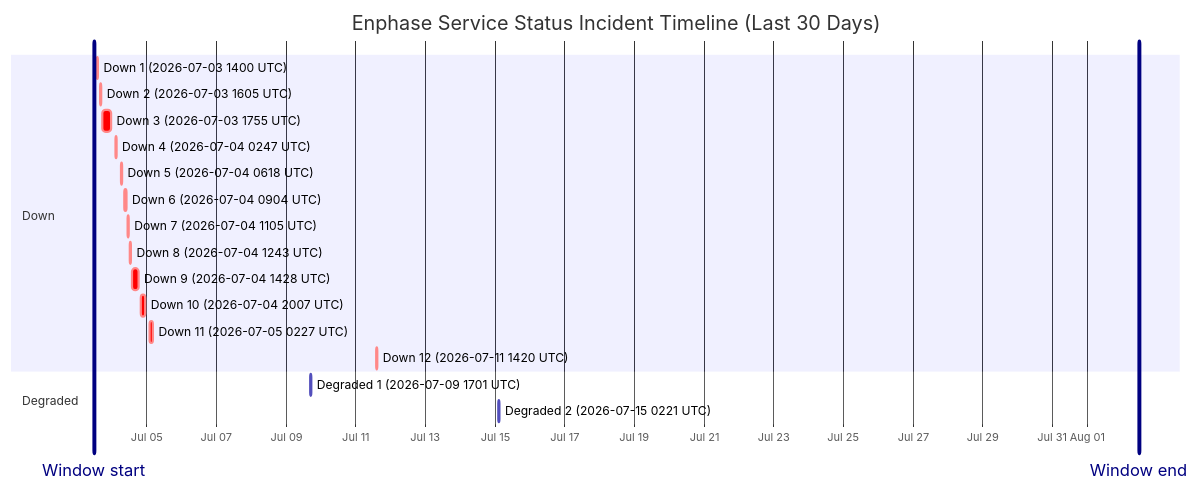
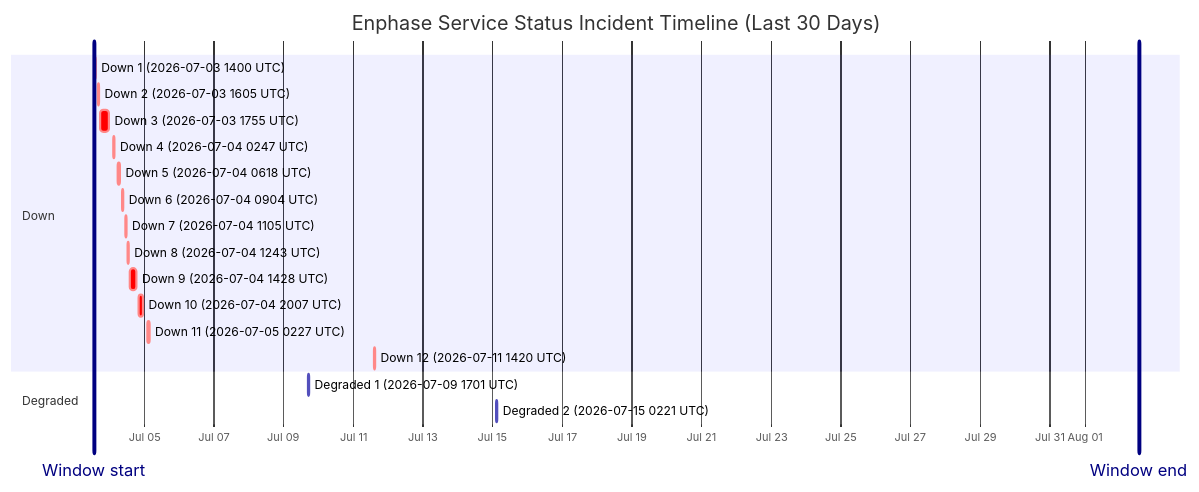
The diagram in wiki/Service-Status-History.md (barneyonline/ha-enphase-energy), drawn with Mermaid before and after one commit. The commit also changed other lines of this file and 3 other files, not shown here.

````diff
--- a/wiki/Service-Status-History.md
+++ b/wiki/Service-Status-History.md
@@ -14,24 +14,24 @@
 ```mermaid
 gantt
     title Enphase Service Status Incident Timeline (Last 30 Days)
     dateFormat  YYYY-MM-DDTHH:mm:ss
     axisFormat  %b %d
-    Window start :vert, window-start, 2026-07-03T11:41:31, 0ms
-    Window end :vert, window-end, 2026-08-02T11:41:31, 0ms
+    Window start :vert, window-start, 2026-07-03T13:16:55, 0ms
+    Window end :vert, window-end, 2026-08-02T13:16:55, 0ms
     section Down
     Down 1 (2026-07-03 1400 UTC) :crit, down-1, 2026-07-03T14:00:48, 60m
     Down 2 (2026-07-03 1605 UTC) :crit, down-2, 2026-07-03T16:05:49, 60m
     Down 3 (2026-07-03 1755 UTC) :crit, down-3, 2026-07-03T17:55:54, 338m
     Down 4 (2026-07-04 0247 UTC) :crit, down-4, 2026-07-04T02:47:22, 60m
     Down 5 (2026-07-04 0618 UTC) :crit, down-5, 2026-07-04T06:18:09, 60m
     Down 6 (2026-07-04 0904 UTC) :crit, down-6, 2026-07-04T09:04:41, 60m
     Down 7 (2026-07-04 1105 UTC) :crit, down-7, 2026-07-04T11:05:21, 60m
     Down 8 (2026-07-04 1243 UTC) :crit, down-8, 2026-07-04T12:43:25, 60m
     Down 9 (2026-07-04 1428 UTC) :crit, down-9, 2026-07-04T14:28:07, 243m
     Down 10 (2026-07-04 2007 UTC) :crit, down-10, 2026-07-04T20:07:50, 206m
     Down 11 (2026-07-05 0227 UTC) :crit, down-11, 2026-07-05T02:27:32, 109m
     Down 12 (2026-07-11 1420 UTC) :crit, down-12, 2026-07-11T14:20:54, 69m
     section Degraded
     Degraded 1 (2026-07-09 1701 UTC) :active, degraded-1, 2026-07-09T17:01:02, 60m
     Degraded 2 (2026-07-15 0221 UTC) :active, degraded-2, 2026-07-15T02:21:35, 60m
 ```
````
